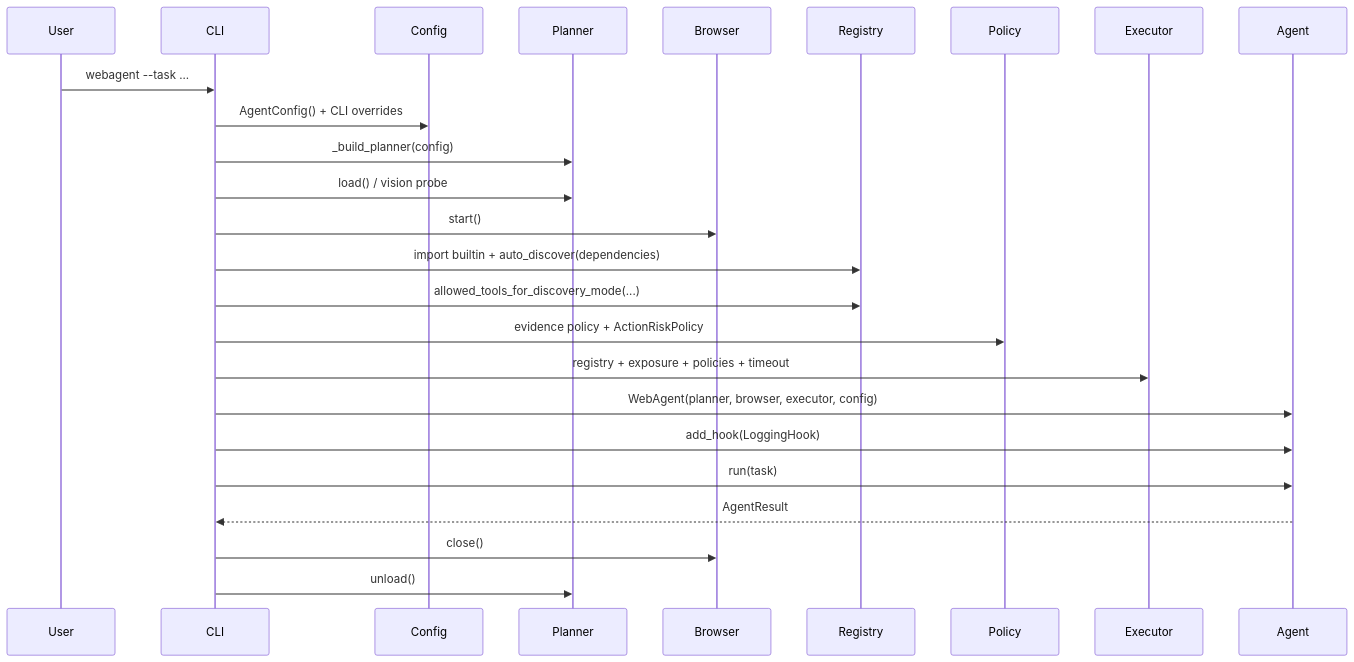
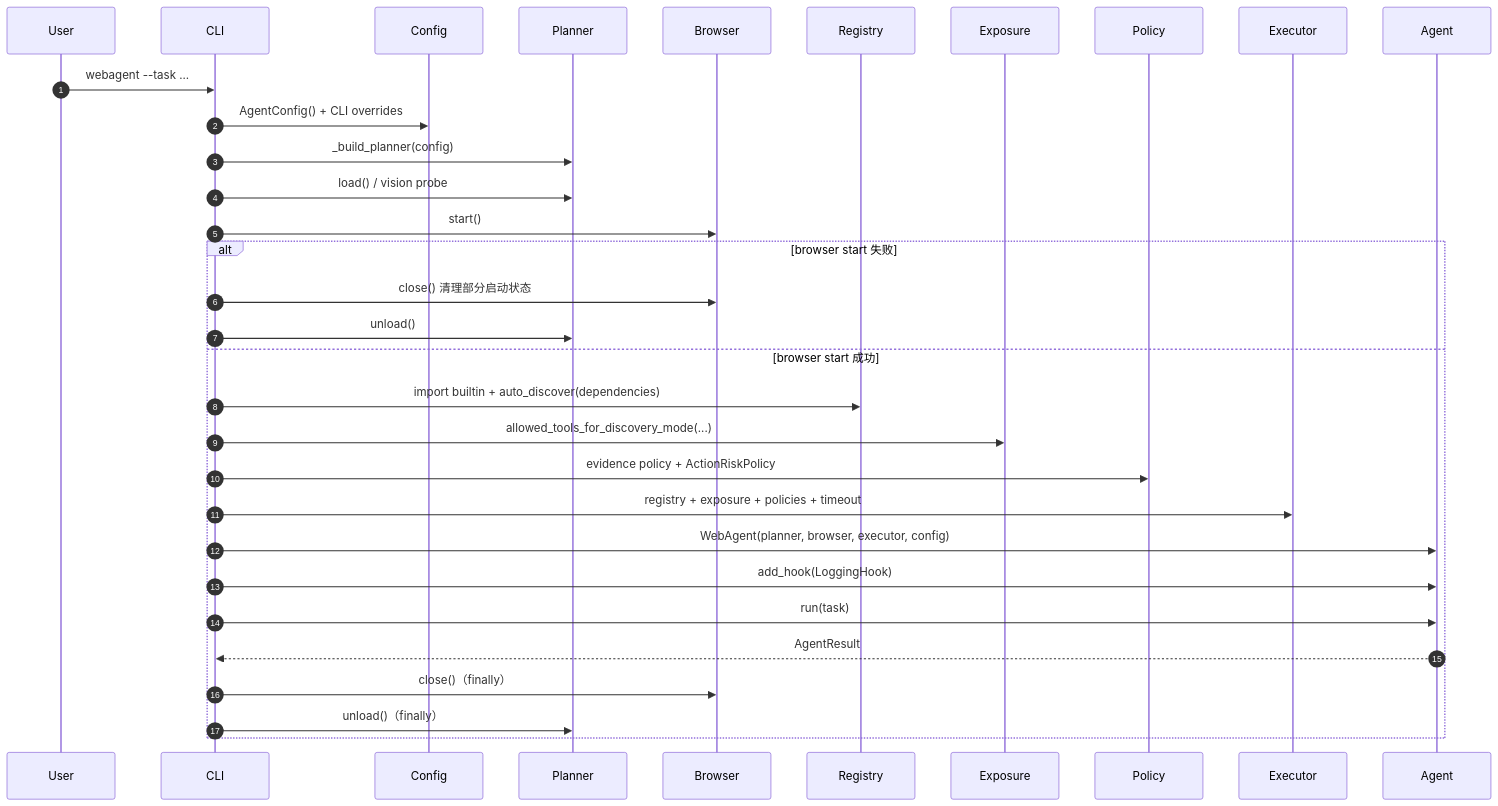
One commit to lixiuyin/web-agent changed the second of 5 diagrams in docs/understanding-zh/02-architecture-and-dataflow.md. Above: the diagram before and after it, drawn with Mermaid. The commit also changed other lines of this file and 2535 other files, not shown here.

Commit message:
refactor agent and publish reviewed evaluation evidence

````diff
--- a/docs/understanding-zh/02-architecture-and-dataflow.md
+++ b/docs/understanding-zh/02-architecture-and-dataflow.md
@@ -41,27 +59,34 @@
 ```mermaid
 sequenceDiagram
+    autonumber
     participant User
     participant CLI
     participant Config
     participant Planner
     participant Browser
     participant Registry
+    participant Exposure
     participant Policy
     participant Executor
     participant Agent
     User->>CLI: webagent --task ...
     CLI->>Config: AgentConfig() + CLI overrides
     CLI->>Planner: _build_planner(config)
     CLI->>Planner: load() / vision probe
     CLI->>Browser: start()
-    CLI->>Registry: import builtin + auto_discover(dependencies)
-    CLI->>Registry: allowed_tools_for_discovery_mode(...)
-    CLI->>Policy: evidence policy + ActionRiskPolicy
-    CLI->>Executor: registry + exposure + policies + timeout
-    CLI->>Agent: WebAgent(planner, browser, executor, config)
-    CLI->>Agent: add_hook(LoggingHook)
-    CLI->>Agent: run(task)
-    Agent-->>CLI: AgentResult
-    CLI->>Browser: close()
-    CLI->>Planner: unload()
+    alt browser start 失败
+        CLI->>Browser: close() 清理部分启动状态
+        CLI->>Planner: unload()
+    else browser start 成功
+        CLI->>Registry: import builtin + auto_discover(dependencies)
+        CLI->>Exposure: allowed_tools_for_discovery_mode(...)
+        CLI->>Policy: evidence policy + ActionRiskPolicy
+        CLI->>Executor: registry + exposure + policies + timeout
+        CLI->>Agent: WebAgent(planner, browser, executor, config)
+        CLI->>Agent: add_hook(LoggingHook)
+        CLI->>Agent: run(task)
+        Agent-->>CLI: AgentResult
+        CLI->>Browser: close()（finally）
+        CLI->>Planner: unload()（finally）
+    end
 ```
````
